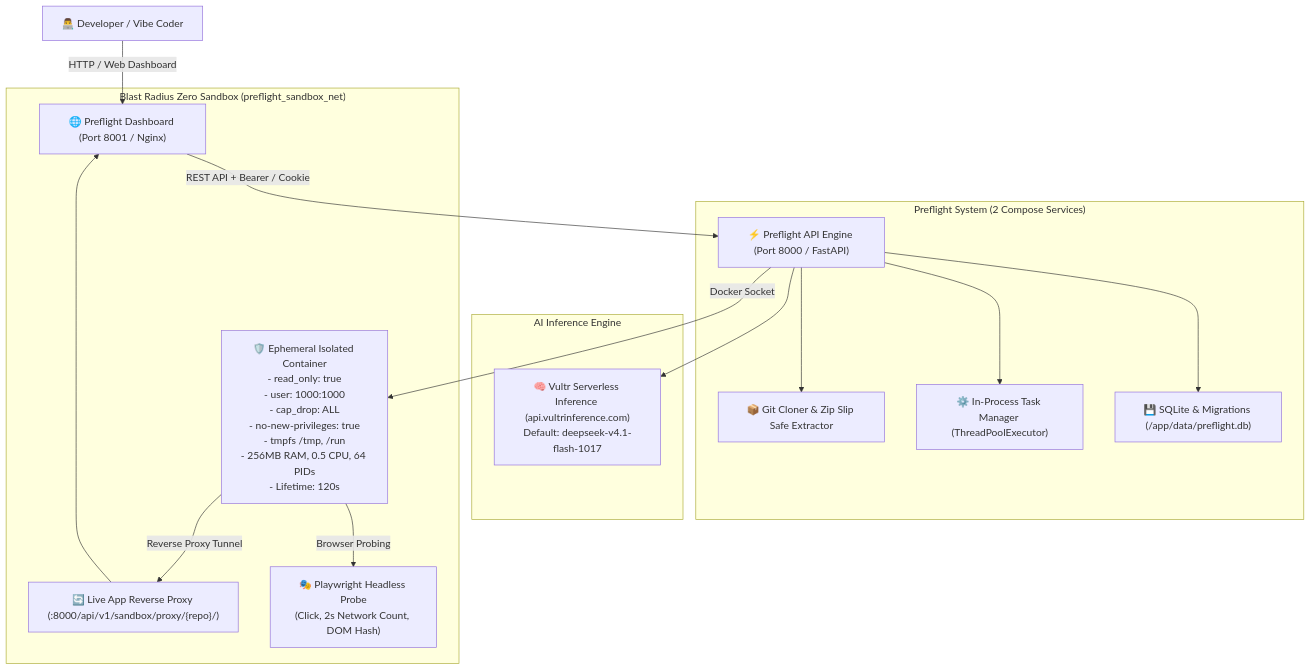
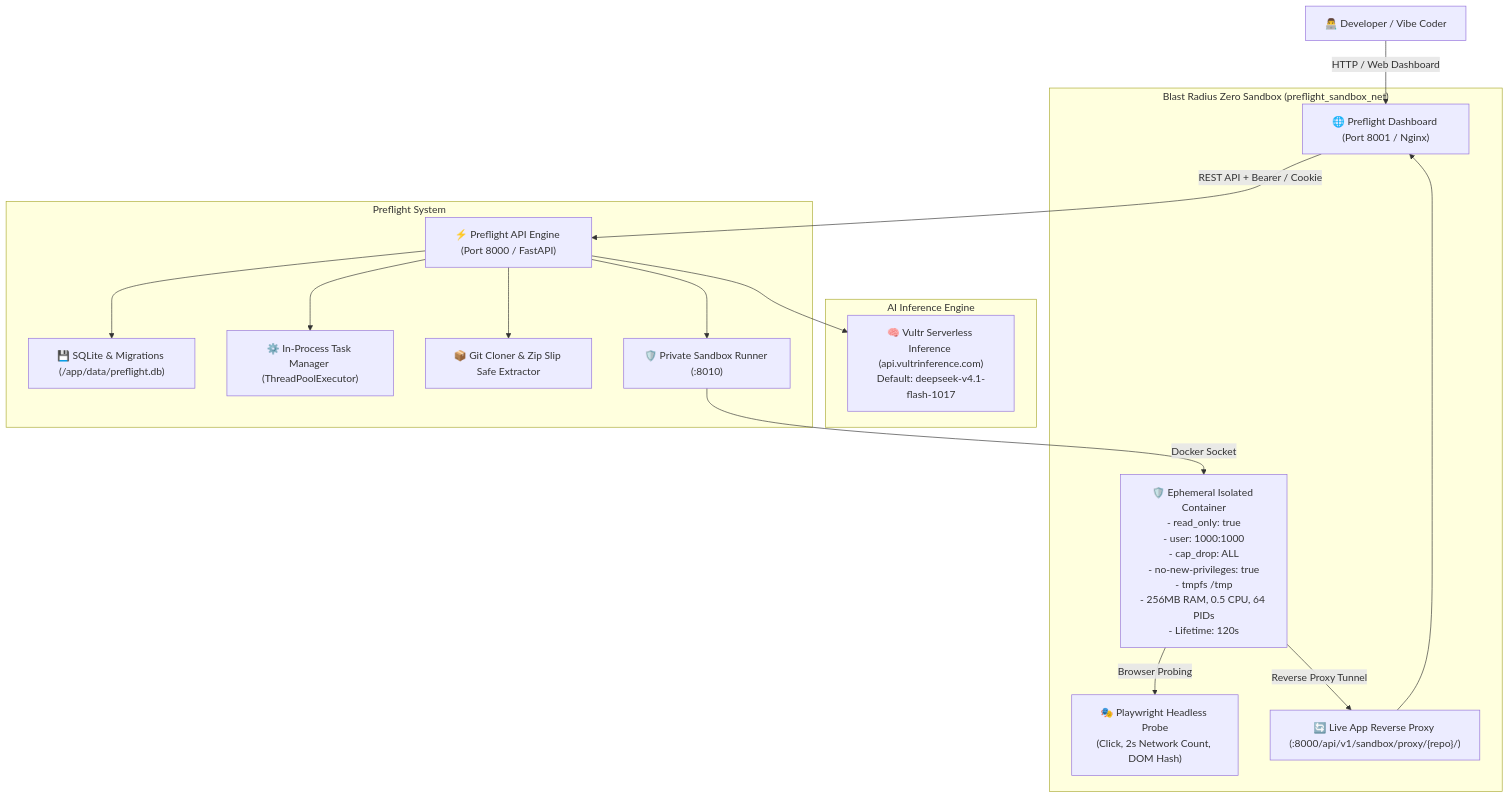
The diagram in README.md (moayedinia/Preflight), drawn with Mermaid before and after one commit. The commit also changed other lines of this file and 7 other files, not shown here.

````diff
--- a/README.md
+++ b/README.md
@@ -21,22 +21,23 @@
 ```mermaid
 flowchart TD
     User["👨‍💻 Developer / Vibe Coder"] -->|HTTP / Web Dashboard| WebUI["🌐 Preflight Dashboard (Port 8001 / Nginx)"]
     WebUI -->|REST API + Bearer / Cookie| API["⚡ Preflight API Engine (Port 8000 / FastAPI)"]
 
-    subgraph "Preflight System (2 Compose Services)"
+    subgraph "Preflight System"
         API --> SQLite["💾 SQLite & Migrations (/app/data/preflight.db)"]
         API --> TaskMgr["⚙️ In-Process Task Manager (ThreadPoolExecutor)"]
         API --> Cloner["📦 Git Cloner & Zip Slip Safe Extractor"]
+        API --> Runner["🛡️ Private Sandbox Runner (:8010)"]
     end
 
     subgraph "AI Inference Engine"
         API --> VultrInference["🧠 Vultr Serverless Inference (api.vultrinference.com)\nDefault: deepseek-v4.1-flash-1017"]
     end
 
     subgraph "Blast Radius Zero Sandbox (preflight_sandbox_net)"
-        API -->|Docker Socket| SandboxContainer["🛡️ Ephemeral Isolated Container\n- read_only: true\n- user: 1000:1000\n- cap_drop: ALL\n- no-new-privileges: true\n- tmpfs /tmp, /run\n- 256MB RAM, 0.5 CPU, 64 PIDs\n- Lifetime: 120s"]
+        Runner -->|Docker Socket| SandboxContainer["🛡️ Ephemeral Isolated Container\n- read_only: true\n- user: 1000:1000\n- cap_drop: ALL\n- no-new-privileges: true\n- tmpfs /tmp\n- 256MB RAM, 0.5 CPU, 64 PIDs\n- Lifetime: 120s"]
         SandboxContainer -->|Browser Probing| Playwright["🎭 Playwright Headless Probe\n(Click, 2s Network Count, DOM Hash)"]
         SandboxContainer -->|Reverse Proxy Tunnel| LiveProxy["🔄 Live App Reverse Proxy (:8000/api/v1/sandbox/proxy/{repo}/)"]
         LiveProxy --> WebUI
     end
 ```
````
